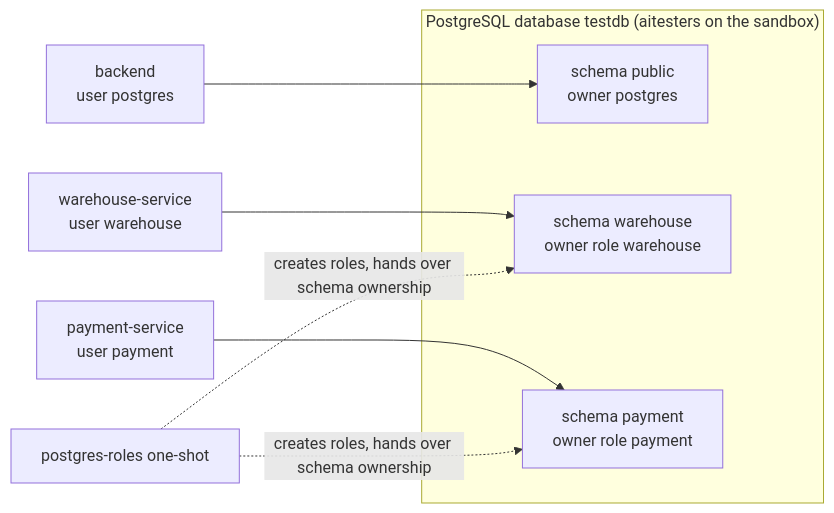
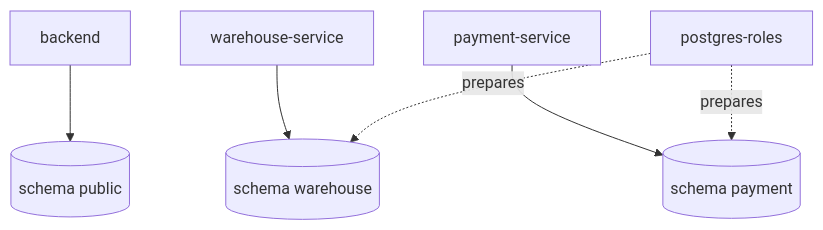
The diagram in docs-site/docs/architecture/data.md (slawekradzyminski/awesome-localstack), drawn with Mermaid before and after one commit. The commit also changed 27 other files, not shown here.

First line of the commit message:
Fix unrendered wiki diagrams and make every diagram readable

````diff
--- a/docs-site/docs/architecture/data.md
+++ b/docs-site/docs/architecture/data.md
@@ -6,12 +6,8 @@
 ```mermaid
-flowchart LR
-    subgraph "PostgreSQL database testdb (aitesters on the sandbox)"
-        PUB[schema public<br/>owner postgres]
-        WH[schema warehouse<br/>owner role warehouse]
-        PAY[schema payment<br/>owner role payment]
-    end
-    B[backend<br/>user postgres] --> PUB
-    W[warehouse-service<br/>user warehouse] --> WH
-    P[payment-service<br/>user payment] --> PAY
-    R[postgres-roles one-shot] -. creates roles, hands over schema ownership .-> WH & PAY
+flowchart TB
+    B[backend] --> PUB[(schema public)]
+    W[warehouse-service] --> WH[(schema warehouse)]
+    P[payment-service] --> PAY[(schema payment)]
+    R[postgres-roles] -.->|prepares| WH
+    R -.->|prepares| PAY
 ```
````
